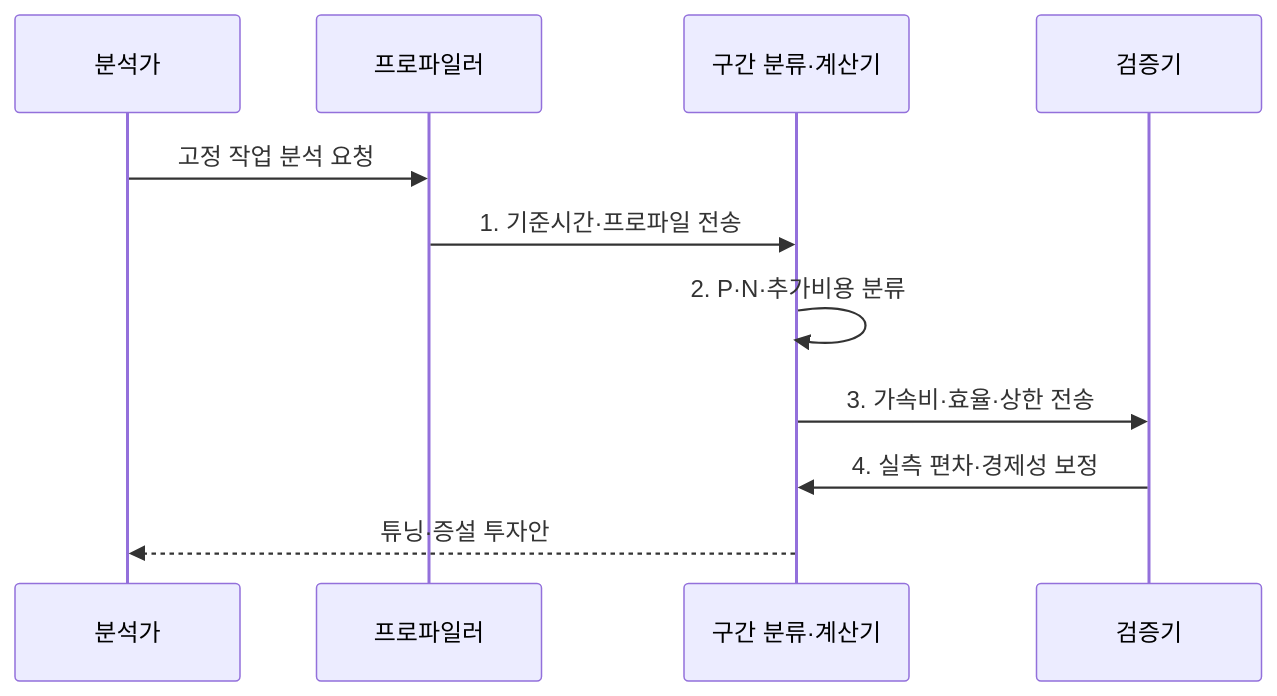
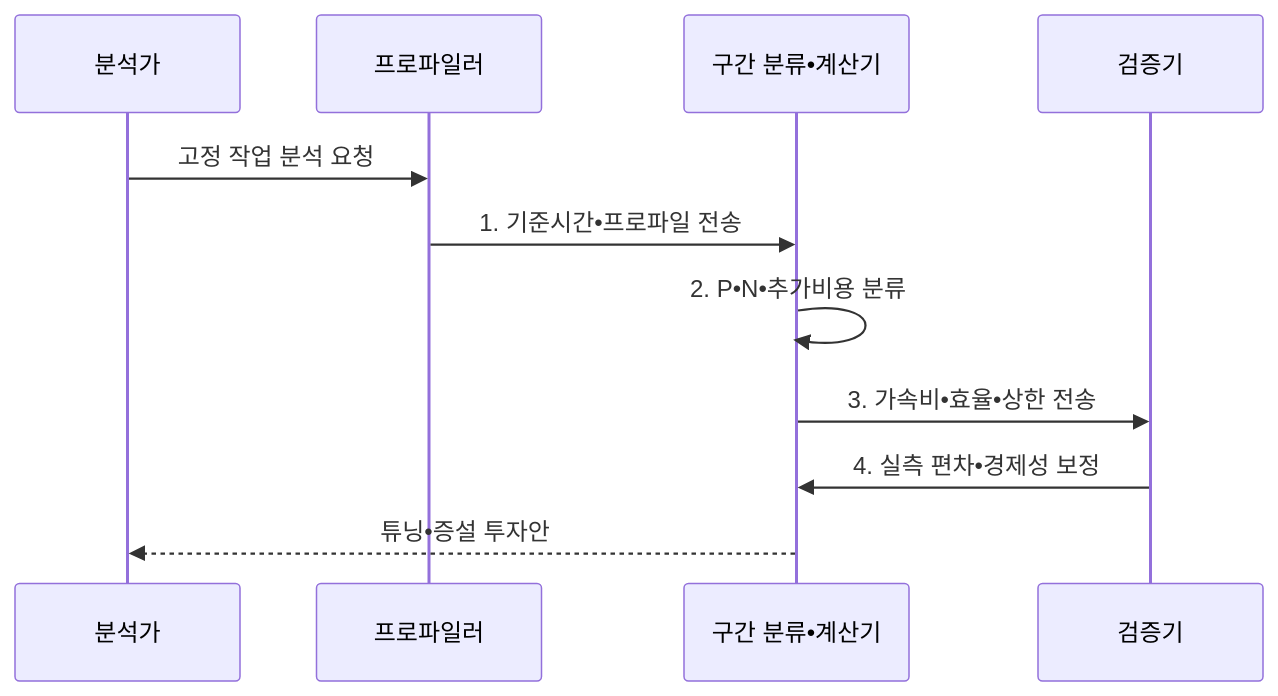
The second of 2 diagrams in src/content/docs/notes/06-evaluation/005_amdahls_law.md (agnusdei1207/knowledge-base), drawn with Mermaid before and after one commit. The commit also changed other lines of this file and 953 other files, not shown here.

````diff
--- a/src/content/docs/notes/06-evaluation/005_amdahls_law.md
+++ b/src/content/docs/notes/06-evaluation/005_amdahls_law.md
@@ -100,13 +100,13 @@
 ```mermaid
 sequenceDiagram
   participant A as 분석가
   participant P as 프로파일러
-  participant C as 구간 분류·계산기
+  participant C as 구간 분류•계산기
   participant V as 검증기
   A->>P: 고정 작업 분석 요청
-  P->>C: 1. 기준시간·프로파일 전송
-  C->>C: 2. P·N·추가비용 분류
-  C->>V: 3. 가속비·효율·상한 전송
-  V->>C: 4. 실측 편차·경제성 보정
-  C-->>A: 튜닝·증설 투자안
+  P->>C: 1. 기준시간•프로파일 전송
+  C->>C: 2. P•N•추가비용 분류
+  C->>V: 3. 가속비•효율•상한 전송
+  V->>C: 4. 실측 편차•경제성 보정
+  C-->>A: 튜닝•증설 투자안
 ```
````
